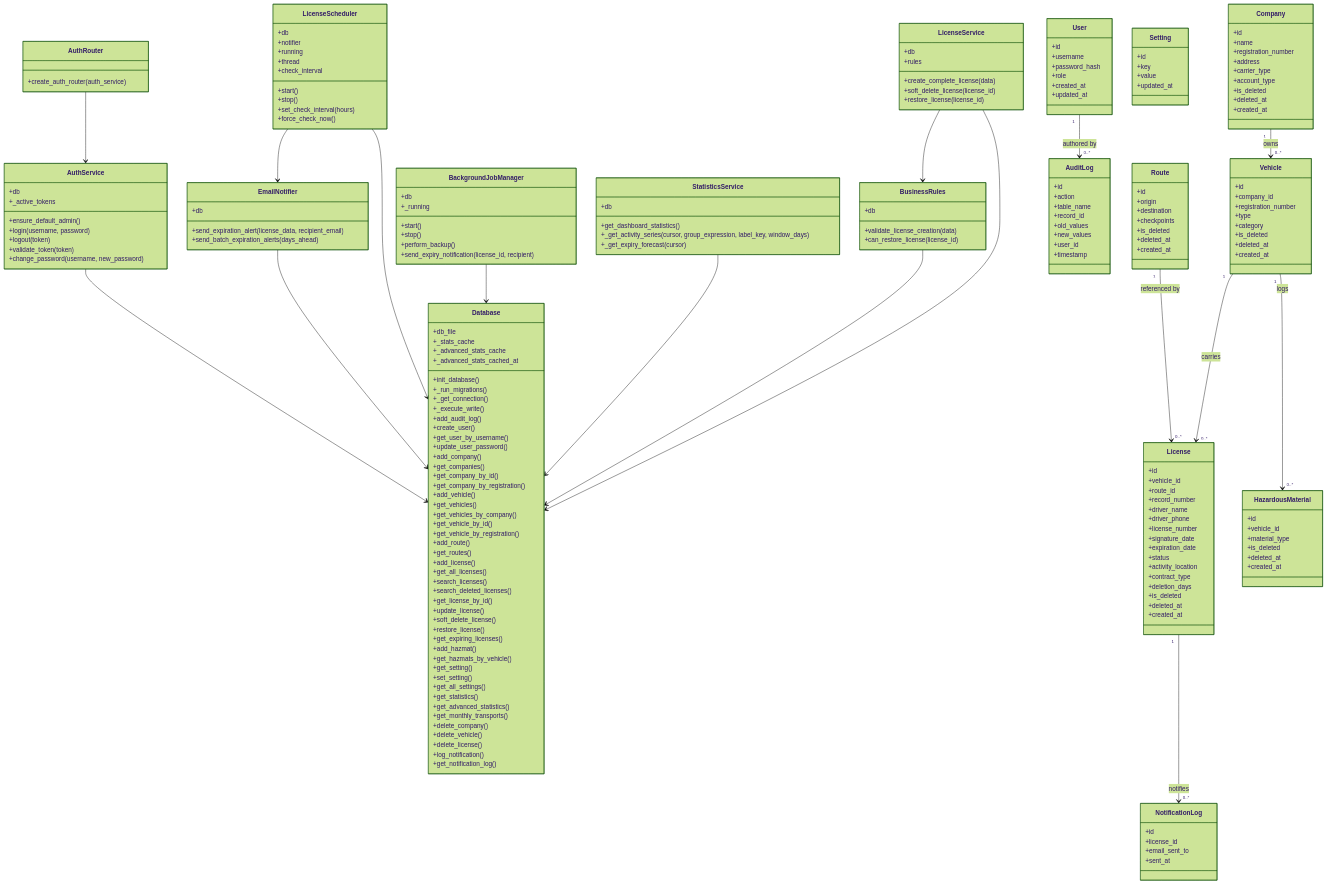
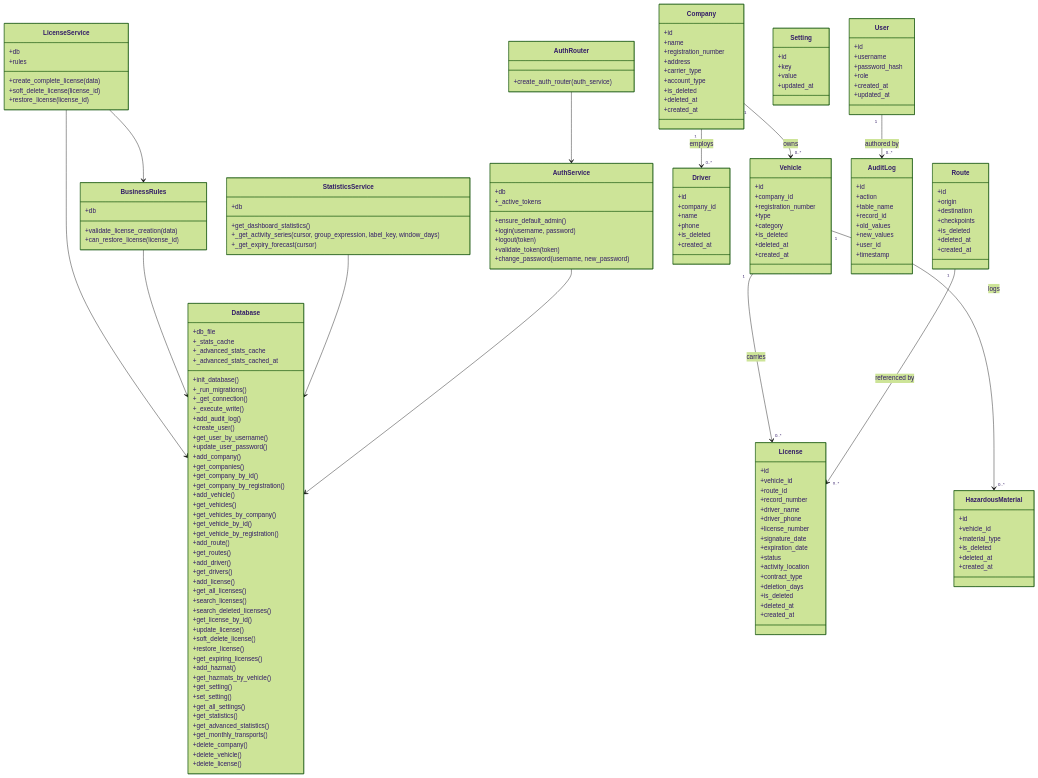
The fourth of 4 diagrams in docs/system_architecture.md (raouf-bendahmouche/hazmate), drawn with Mermaid (forest theme) before and after one commit. The commit also changed other lines of this file and 2370 other files, not shown here.

````diff
--- a/docs/system_architecture.md
+++ b/docs/system_architecture.md
@@ -284,6 +248,8 @@
 		+get_vehicle_by_registration()
 		+add_route()
 		+get_routes()
+		+add_driver()
+		+get_drivers()
 		+add_license()
 		+get_all_licenses()
 		+search_licenses()
@@ -304,8 +270,6 @@
 		+delete_company()
 		+delete_vehicle()
 		+delete_license()
-		+log_notification()
-		+get_notification_log()
 	}
 
 	class AuthService {
@@ -343,33 +307,6 @@
 		+_get_expiry_forecast(cursor)
 	}
 
-	class BackgroundJobManager {
-		+db
-		+_running
-		+start()
-		+stop()
-		+perform_backup()
-		+send_expiry_notification(license_id, recipient)
-	}
-
-	class LicenseScheduler {
-		+db
-		+notifier
-		+running
-		+thread
-		+check_interval
-		+start()
-		+stop()
-		+set_check_interval(hours)
-		+force_check_now()
-	}
-
-	class EmailNotifier {
-		+db
-		+send_expiration_alert(license_data, recipient_email)
-		+send_batch_expiration_alerts(days_ahead)
-	}
-
 	class Company {
 		+id
 		+name
@@ -390,6 +327,15 @@
 		+category
 		+is_deleted
 		+deleted_at
+		+created_at
+	}
+
+	class Driver {
+		+id
+		+company_id
+		+name
+		+phone
+		+is_deleted
 		+created_at
 	}
 
@@ -458,28 +404,17 @@
 		+updated_at
 	}
 
-	class NotificationLog {
-		+id
-		+license_id
-		+email_sent_to
-		+sent_at
-	}
-
 	AuthRouter --> AuthService
 	LicenseService --> BusinessRules
 	LicenseService --> Database
 	BusinessRules --> Database
 	StatisticsService --> Database
-	BackgroundJobManager --> Database
-	LicenseScheduler --> EmailNotifier
-	LicenseScheduler --> Database
-	EmailNotifier --> Database
 	AuthService --> Database
 
 	Company "1" --> "0..*" Vehicle : owns
+	Company "1" --> "0..*" Driver : employs
 	Vehicle "1" --> "0..*" License : carries
 	Vehicle "1" --> "0..*" HazardousMaterial : logs
 	Route "1" --> "0..*" License : referenced by
-	License "1" --> "0..*" NotificationLog : notifies
 	User "1" --> "0..*" AuditLog : authored by
 ```
````
